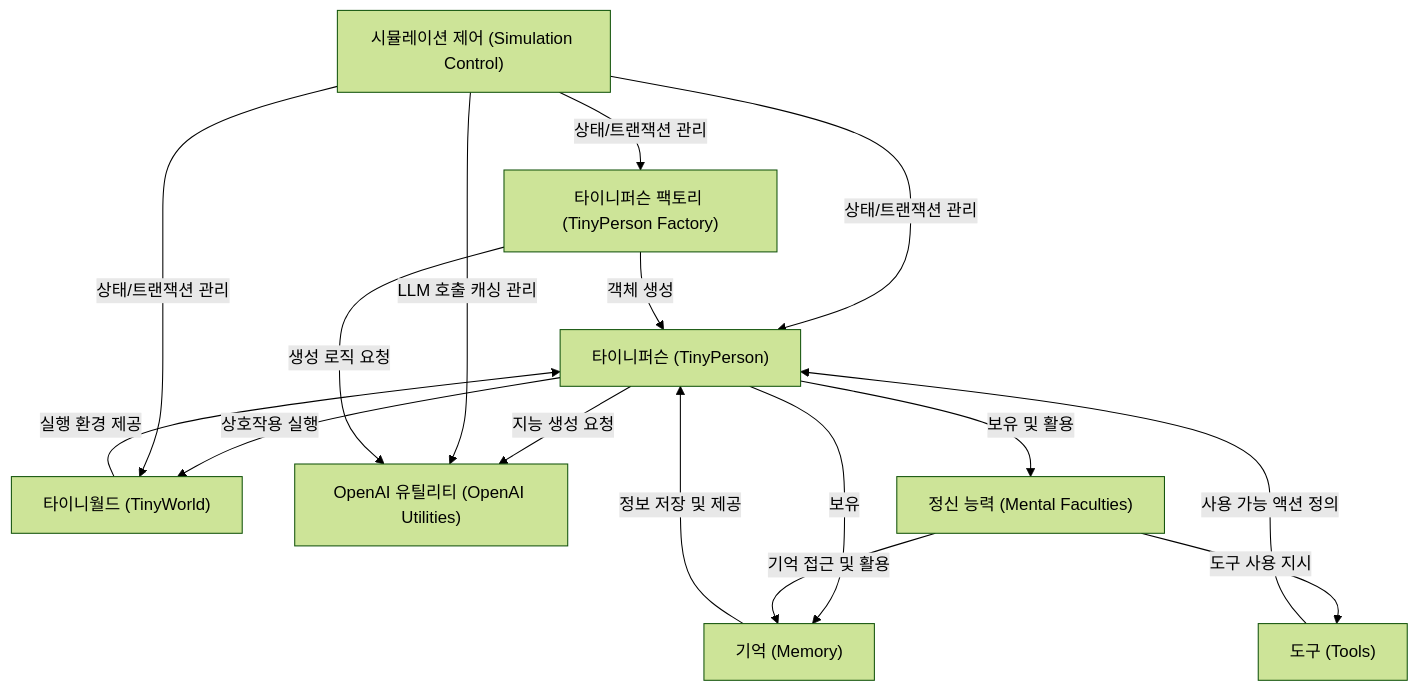
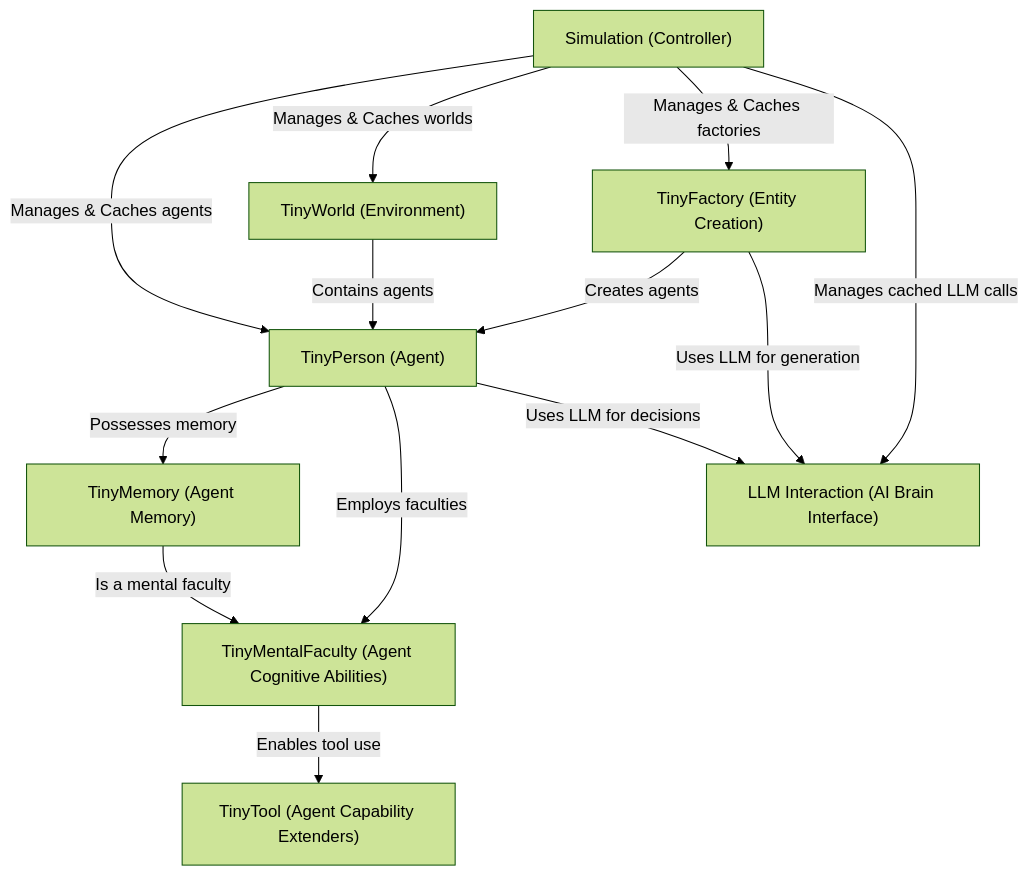
The diagram in output/07_TinyTroupe/index.md (ValleyJin/Tutorial-Builder), drawn with Mermaid (forest theme) before and after one commit. The commit also changed other lines of this file and 15 other files, not shown here.

````diff
--- a/output/07_TinyTroupe/index.md
+++ b/output/07_TinyTroupe/index.md
@@ -8,34 +13,31 @@
 ```mermaid
 flowchart TD
-    A0["타이니퍼슨 (TinyPerson)
+    A0["TinyPerson (Agent)
 "]
-    A1["타이니월드 (TinyWorld)
+    A1["TinyWorld (Environment)
 "]
-    A2["시뮬레이션 제어 (Simulation Control)
+    A2["Simulation (Controller)
 "]
-    A3["OpenAI 유틸리티 (OpenAI Utilities)
+    A3["LLM Interaction (AI Brain Interface)
 "]
-    A4["정신 능력 (Mental Faculties)
+    A4["TinyMemory (Agent Memory)
 "]
-    A5["기억 (Memory)
+    A5["TinyMentalFaculty (Agent Cognitive Abilities)
 "]
-    A6["도구 (Tools)
+    A6["TinyTool (Agent Capability Extenders)
 "]
-    A7["타이니퍼슨 팩토리 (TinyPerson Factory)
+    A7["TinyFactory (Entity Creation)
 "]
-    A0 -- "상호작용 실행" --> A1
-    A0 -- "지능 생성 요청" --> A3
-    A0 -- "보유 및 활용" --> A4
-    A0 -- "보유" --> A5
-    A1 -- "실행 환경 제공" --> A0
-    A2 -- "상태/트랜잭션 관리" --> A0
-    A2 -- "상태/트랜잭션 관리" --> A1
-    A2 -- "LLM 호출 캐싱 관리" --> A3
-    A2 -- "상태/트랜잭션 관리" --> A7
-    A4 -- "기억 접근 및 활용" --> A5
-    A4 -- "도구 사용 지시" --> A6
-    A5 -- "정보 저장 및 제공" --> A0
-    A6 -- "사용 가능 액션 정의" --> A0
-    A7 -- "객체 생성" --> A0
-    A7 -- "생성 로직 요청" --> A3
+    A0 -- "Possesses memory" --> A4
+    A0 -- "Employs faculties" --> A5
+    A0 -- "Uses LLM for decisions" --> A3
+    A1 -- "Contains agents" --> A0
+    A2 -- "Manages & Caches agents" --> A0
+    A2 -- "Manages & Caches worlds" --> A1
+    A2 -- "Manages & Caches factories" --> A7
+    A2 -- "Manages cached LLM calls" --> A3
+    A4 -- "Is a mental faculty" --> A5
+    A5 -- "Enables tool use" --> A6
+    A7 -- "Creates agents" --> A0
+    A7 -- "Uses LLM for generation" --> A3
 ```
````
